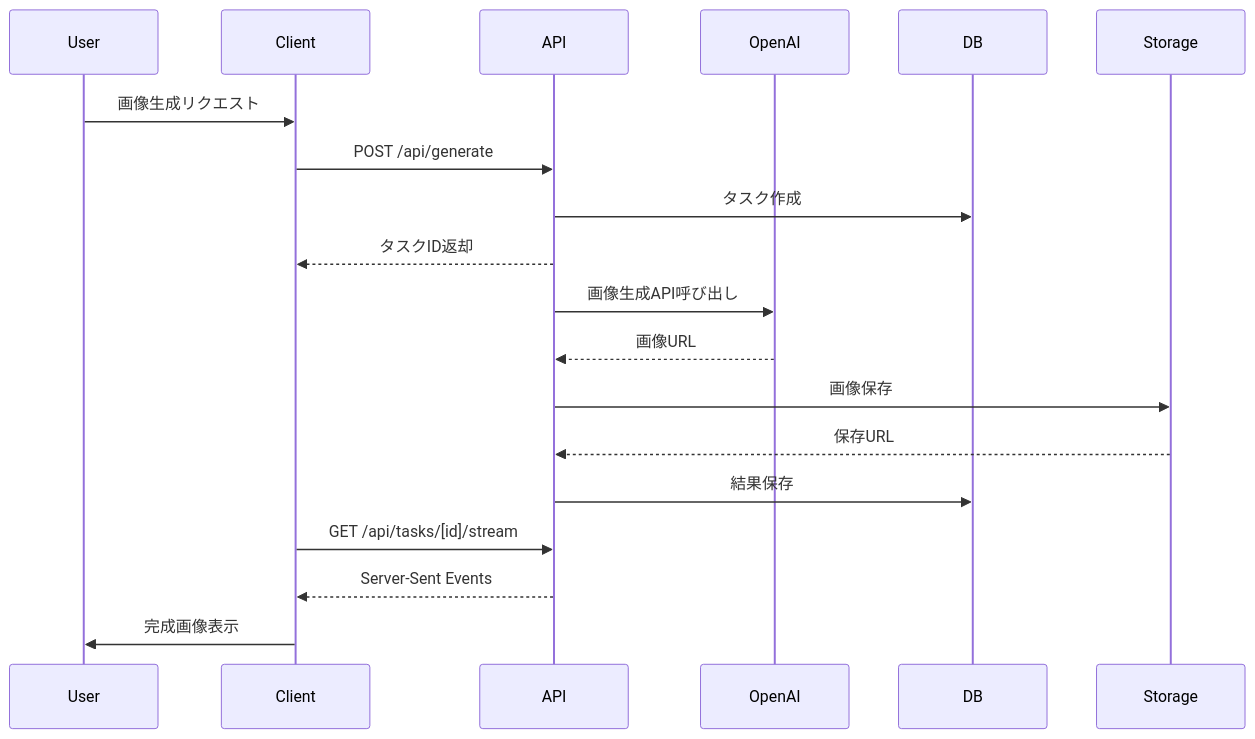
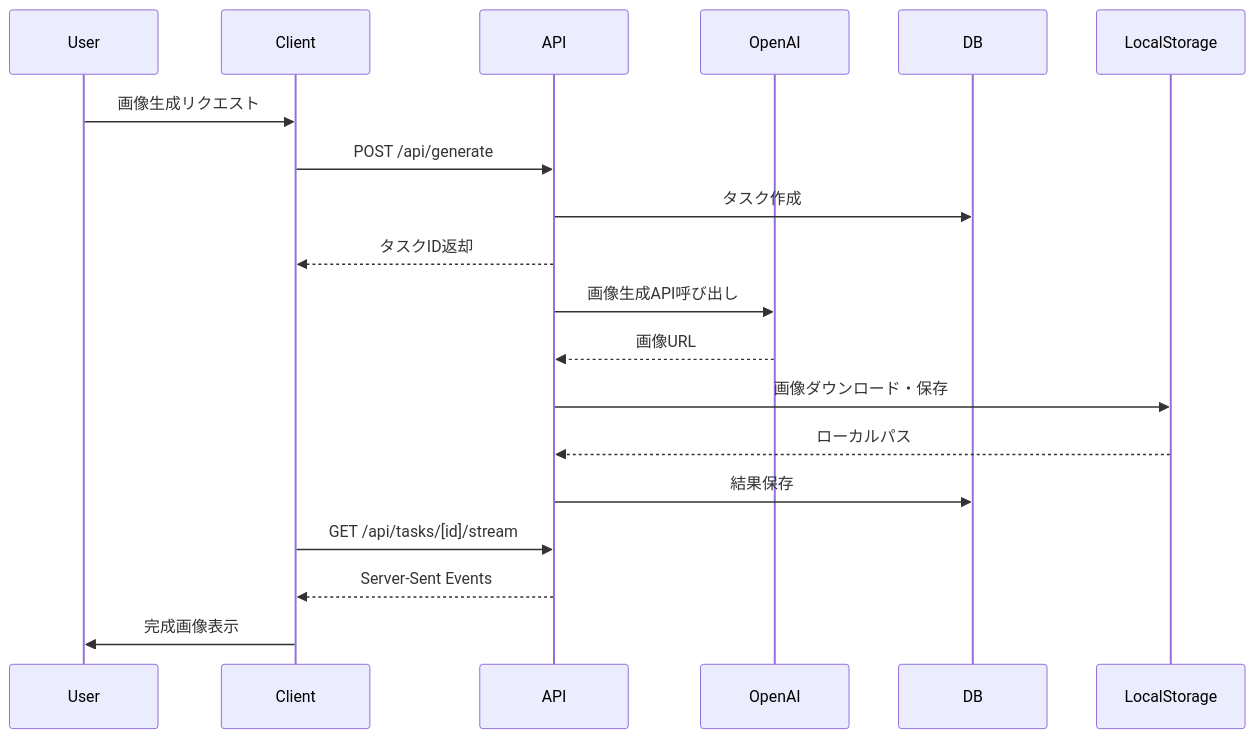
Before and after one commit to yuichi-nagakura/BikkurimanStickerCreator: the diagram in docs/architecture.md, drawn with Mermaid. The commit also changed other lines of this file and 3 other files, not shown here.

````diff
--- a/docs/architecture.md
+++ b/docs/architecture.md
@@ -95,22 +81,22 @@
 ```mermaid
 sequenceDiagram
     participant User
     participant Client
     participant API
     participant OpenAI
     participant DB
-    participant Storage
+    participant LocalStorage
 
     User->>Client: 画像生成リクエスト
     Client->>API: POST /api/generate
     API->>DB: タスク作成
     API-->>Client: タスクID返却
     API->>OpenAI: 画像生成API呼び出し
     OpenAI-->>API: 画像URL
-    API->>Storage: 画像保存
-    Storage-->>API: 保存URL
+    API->>LocalStorage: 画像ダウンロード・保存
+    LocalStorage-->>API: ローカルパス
     API->>DB: 結果保存
     Client->>API: GET /api/tasks/[id]/stream
     API-->>Client: Server-Sent Events
     Client->>User: 完成画像表示
 ```
````
